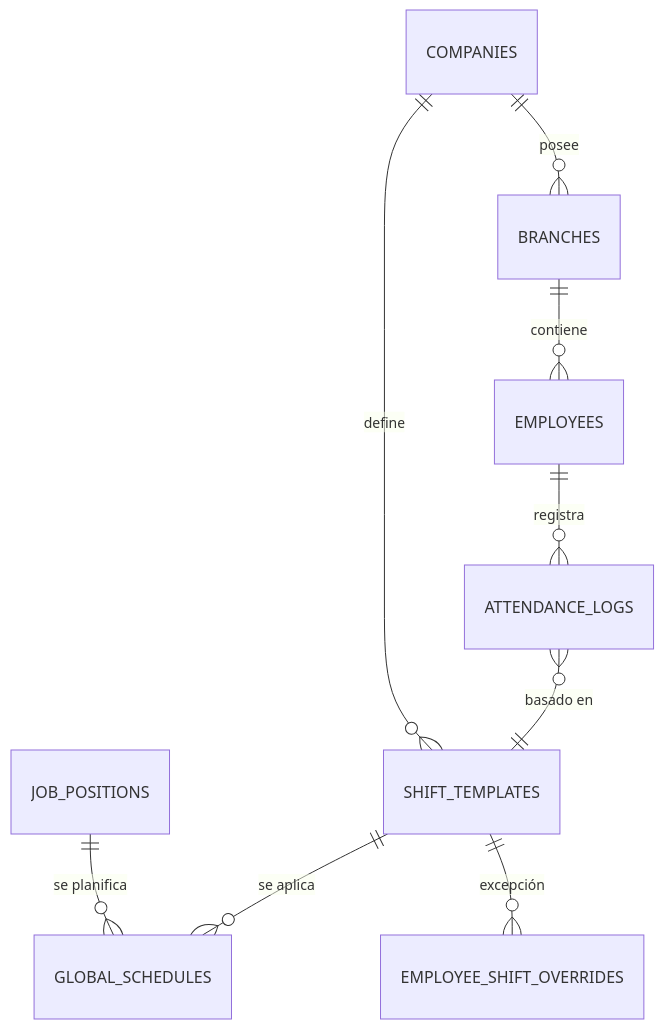
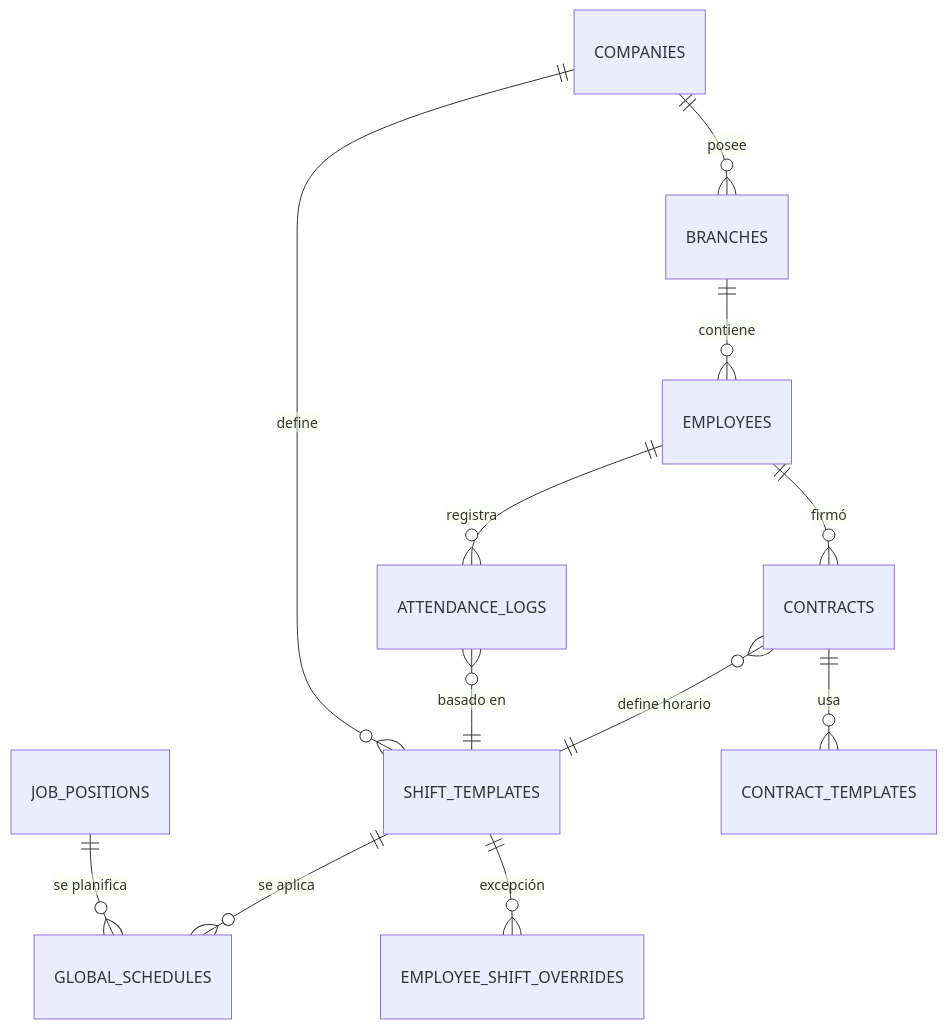
One commit to jcaatillo/marcacion-grupo-ct changed the diagram in web/docs/DATABASE.md. Above: the diagram before and after it, drawn with Mermaid. The commit also changed other lines of this file and 11 other files, not shown here.

````diff
--- a/web/docs/DATABASE.md
+++ b/web/docs/DATABASE.md
@@ -198,11 +239,14 @@
 ```mermaid
 erDiagram
     COMPANIES ||--o{ BRANCHES : "posee"
     BRANCHES ||--o{ EMPLOYEES : "contiene"
     COMPANIES ||--o{ SHIFT_TEMPLATES : "define"
     JOB_POSITIONS ||--o{ GLOBAL_SCHEDULES : "se planifica"
     SHIFT_TEMPLATES ||--o{ GLOBAL_SCHEDULES : "se aplica"
     EMPLOYEES ||--o{ ATTENDANCE_LOGS : "registra"
     ATTENDANCE_LOGS }o--|| SHIFT_TEMPLATES : "basado en"
     SHIFT_TEMPLATES ||--o{ EMPLOYEE_SHIFT_OVERRIDES : "excepción"
+    EMPLOYEES ||--o{ CONTRACTS : "firmó"
+    CONTRACTS ||--o{ CONTRACT_TEMPLATES : "usa"
+    CONTRACTS }o--|| SHIFT_TEMPLATES : "define horario"
 ```
````
